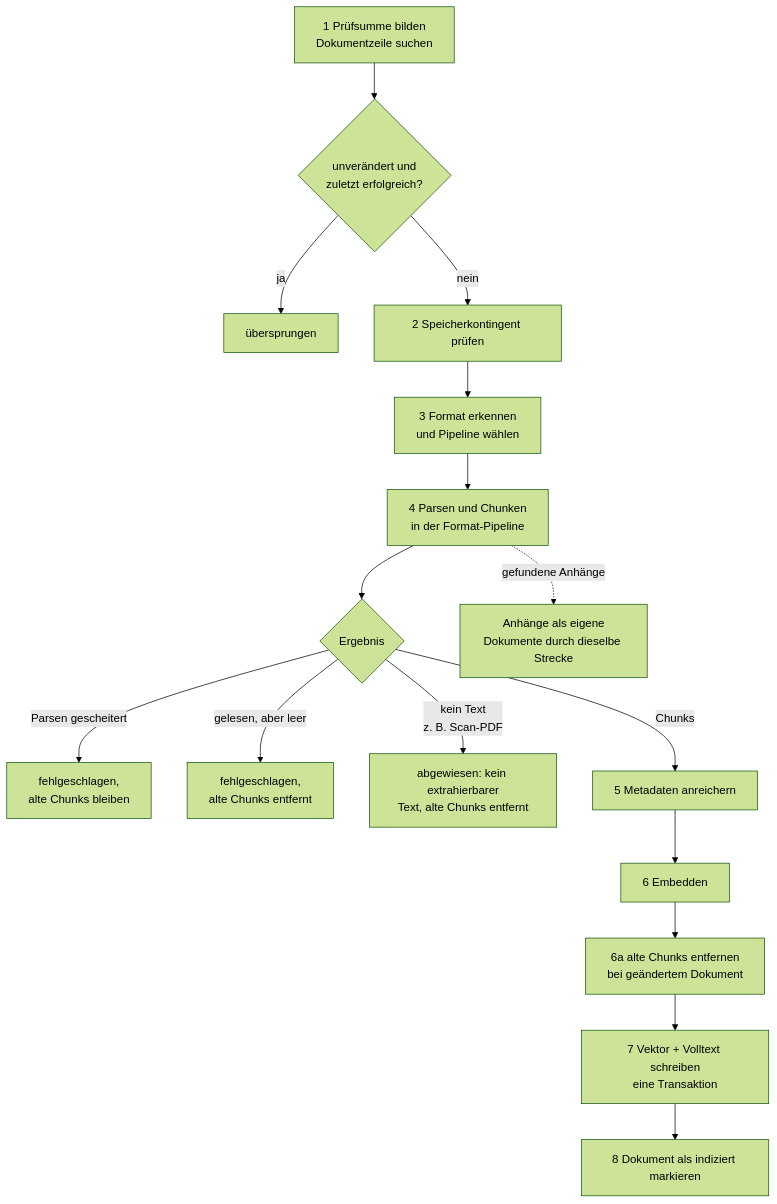
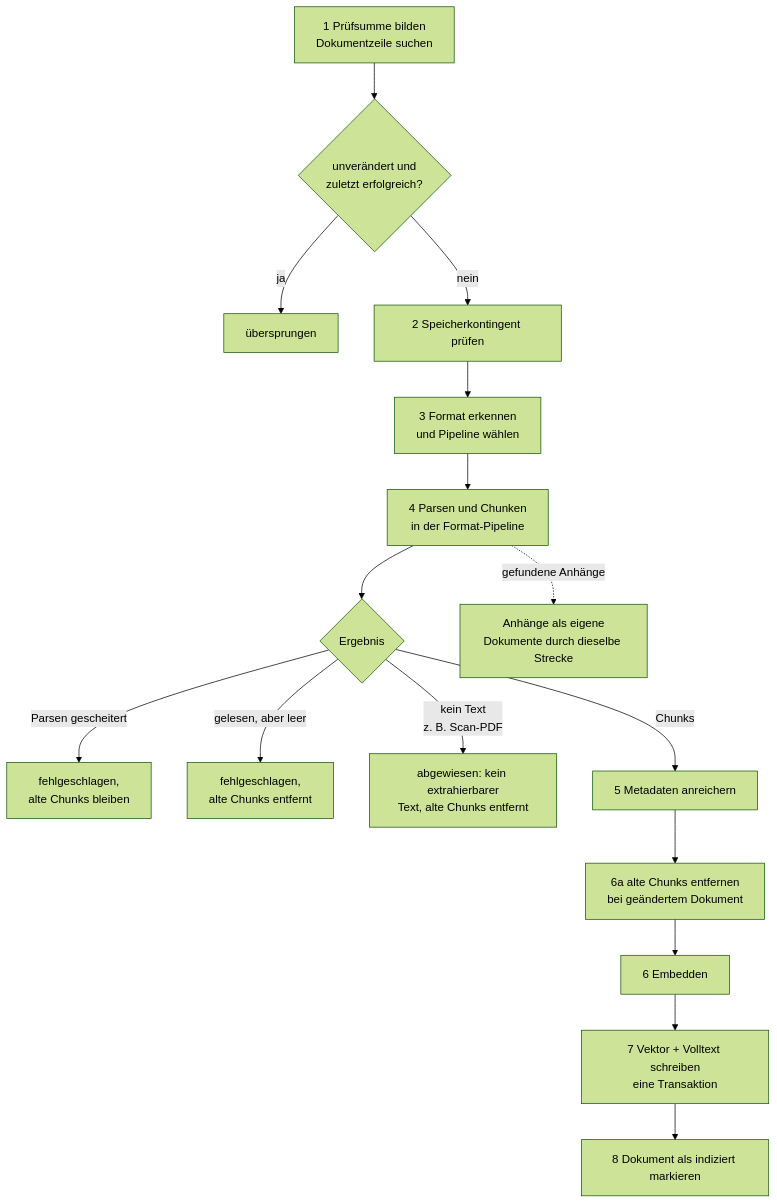
The fifth of 7 diagrams in docs/handbuch/indexierung.md (criew/opaa), drawn with Mermaid (forest theme) before and after one commit. The commit also changed other lines of this file and 4 other files, not shown here.

````diff
--- a/docs/handbuch/indexierung.md
+++ b/docs/handbuch/indexierung.md
@@ -225,18 +225,18 @@
 ```mermaid
 flowchart TB
     S1[1 Prüfsumme bilden<br/>Dokumentzeile suchen] --> Q{unverändert und<br/>zuletzt erfolgreich?}
     Q -- ja --> SK[übersprungen]
     Q -- nein --> S2[2 Speicherkontingent prüfen]
     S2 --> S3[3 Format erkennen<br/>und Pipeline wählen]
     S3 --> S4[4 Parsen und Chunken<br/>in der Format-Pipeline]
     S4 --> R{Ergebnis}
     R -- Parsen gescheitert --> FP[fehlgeschlagen,<br/>alte Chunks bleiben]
     R -- gelesen, aber leer --> FA[fehlgeschlagen,<br/>alte Chunks entfernt]
     R -- kein Text<br/>z. B. Scan-PDF --> NT[abgewiesen: kein extrahierbarer<br/>Text, alte Chunks entfernt]
     R -- Chunks --> S5[5 Metadaten anreichern]
-    S5 --> S6[6 Embedden]
-    S6 --> S6b[6a alte Chunks entfernen<br/>bei geändertem Dokument]
-    S6b --> S7[7 Vektor + Volltext schreiben<br/>eine Transaktion]
+    S5 --> S6b[6a alte Chunks entfernen<br/>bei geändertem Dokument]
+    S6b --> S6[6 Embedden]
+    S6 --> S7[7 Vektor + Volltext schreiben<br/>eine Transaktion]
     S7 --> S8[8 Dokument als indiziert markieren]
     S4 -. gefundene Anhänge .-> AT[Anhänge als eigene<br/>Dokumente durch dieselbe Strecke]
 ```
````
